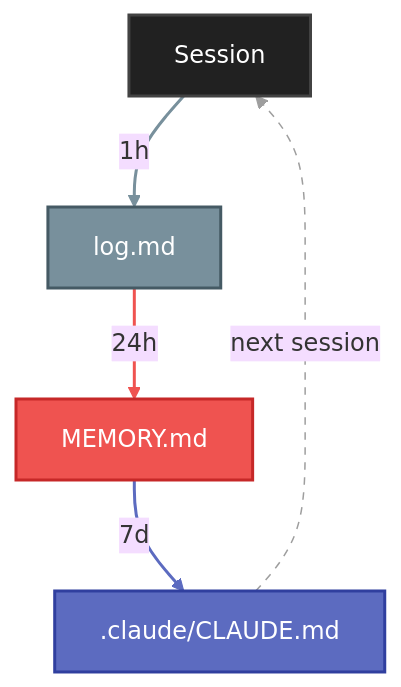
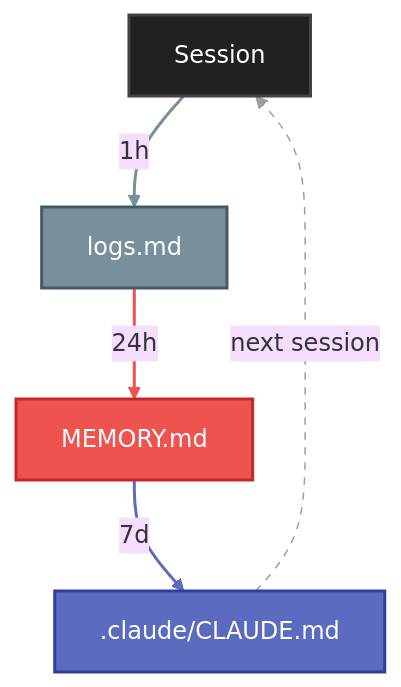
One commit to jameswniu/claude-os changed the second of 3 diagrams in README.md. Above: the diagram before and after it, drawn with Mermaid (base theme). The commit also changed other lines of this file and 6 other files, not shown here.

Commit message:
Rename log.md to logs.md and update Evals column heading

````diff
--- a/README.md
+++ b/README.md
@@ -54,17 +54,17 @@
 ```mermaid
 flowchart TD
-    S["Session"] -- "1h" --> L["log.md"]
+    S["Session"] -- "1h" --> L["logs.md"]
     L -- "24h" --> D["MEMORY.md"]
     D -- "7d" --> R[".claude/CLAUDE.md"]
     R -. "next session" .-> S
 
     style S fill:#212121,color:#fff,stroke:#424242,stroke-width:2px
     style L fill:#78909C,color:#fff,stroke:#455A64,stroke-width:2px
     style D fill:#EF5350,color:#fff,stroke:#C62828,stroke-width:2px
     style R fill:#5C6BC0,color:#fff,stroke:#303F9F,stroke-width:2px
 
     linkStyle 0 stroke:#78909C,stroke-width:2px
     linkStyle 1 stroke:#EF5350,stroke-width:2px
     linkStyle 2 stroke:#5C6BC0,stroke-width:2px
     linkStyle 3 stroke:#9E9E9E,stroke-width:1px,stroke-dasharray:5
 ```
````
